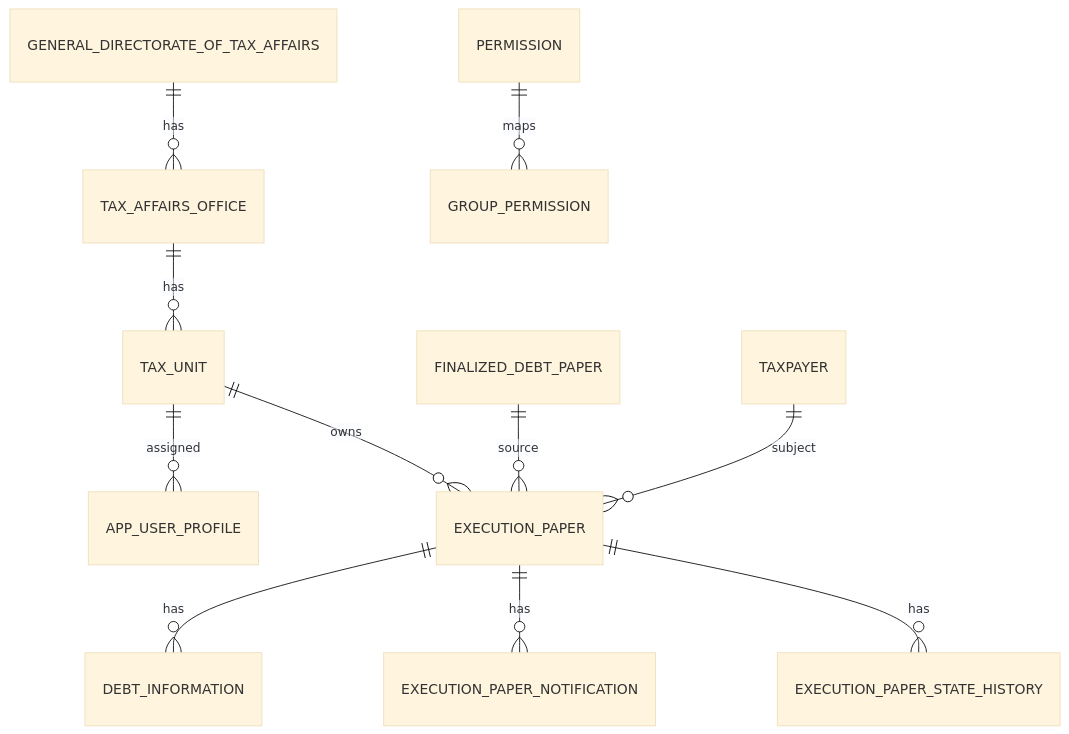
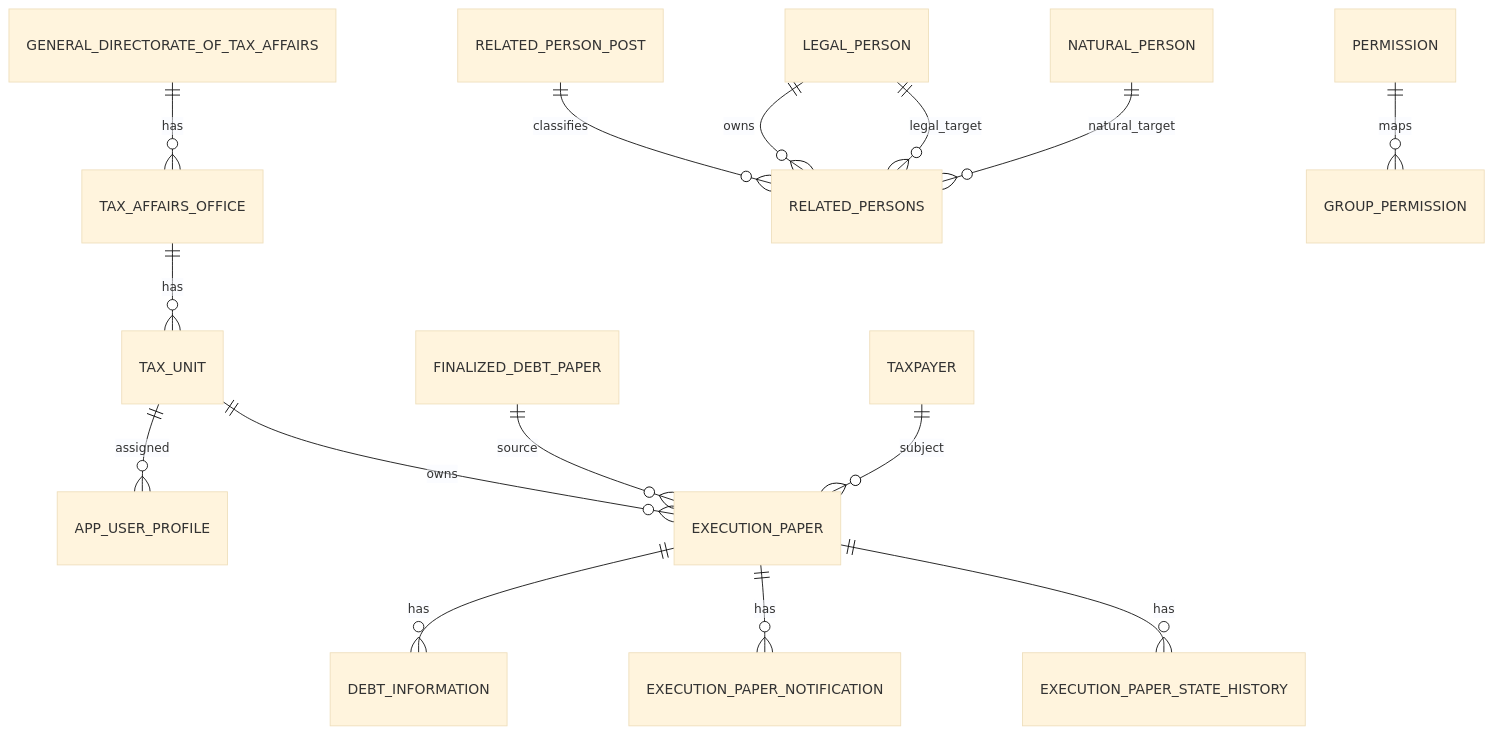
Before and after one commit to mohamamdsajadi/VosolMaliat: the diagram in docs/technical/database.md, drawn with Mermaid (base theme). The commit also changed other lines of this file and 14 other files, not shown here.

Commit message:
refactor related person posts

````diff
--- a/docs/technical/database.md
+++ b/docs/technical/database.md
@@ -38,13 +40,17 @@
 ```mermaid
 erDiagram
     GENERAL_DIRECTORATE_OF_TAX_AFFAIRS ||--o{ TAX_AFFAIRS_OFFICE : has
     TAX_AFFAIRS_OFFICE ||--o{ TAX_UNIT : has
     TAX_UNIT ||--o{ APP_USER_PROFILE : assigned
     TAX_UNIT ||--o{ EXECUTION_PAPER : owns
     FINALIZED_DEBT_PAPER ||--o{ EXECUTION_PAPER : source
     TAXPAYER ||--o{ EXECUTION_PAPER : subject
     EXECUTION_PAPER ||--o{ DEBT_INFORMATION : has
     EXECUTION_PAPER ||--o{ EXECUTION_PAPER_NOTIFICATION : has
     EXECUTION_PAPER ||--o{ EXECUTION_PAPER_STATE_HISTORY : has
+    LEGAL_PERSON ||--o{ RELATED_PERSONS : owns
+    RELATED_PERSON_POST ||--o{ RELATED_PERSONS : classifies
+    NATURAL_PERSON ||--o{ RELATED_PERSONS : natural_target
+    LEGAL_PERSON ||--o{ RELATED_PERSONS : legal_target
     PERMISSION ||--o{ GROUP_PERMISSION : maps
 ```
````
